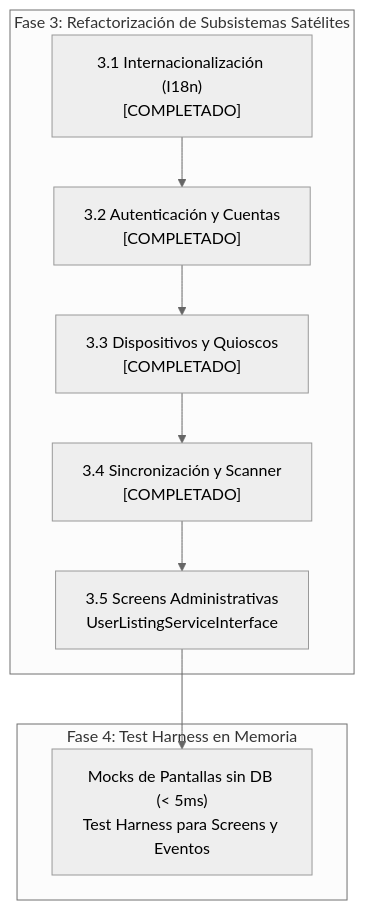
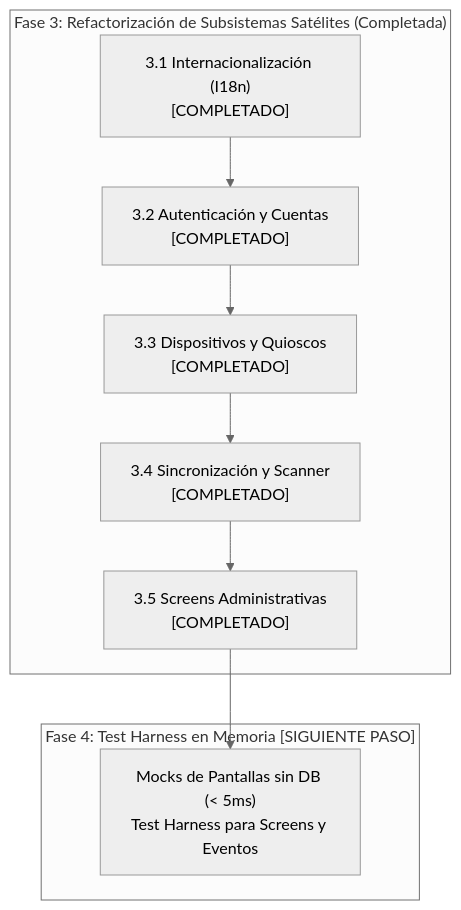
The diagram in docs/HANDOVER_REFACTORING_SOLIDO_FASE3_Y_4.md (idei/usim-framework), drawn with Mermaid (neutral theme) before and after one commit. The commit also changed other lines of this file and 15 other files, not shown here.

Commit message:
refactor(admin): decouple administrative screens with user listing and mutation contracts (Hito 3.5)

````diff
--- a/docs/HANDOVER_REFACTORING_SOLIDO_FASE3_Y_4.md
+++ b/docs/HANDOVER_REFACTORING_SOLIDO_FASE3_Y_4.md
@@ -68,20 +75,20 @@
 ```mermaid
 flowchart TD
-    subgraph Fase3 ["Fase 3: Refactorización de Subsistemas Satélites"]
+    subgraph Fase3 ["Fase 3: Refactorización de Subsistemas Satélites (Completada)"]
         F31["3.1 Internacionalización (I18n)\n[COMPLETADO]"]
         F32["3.2 Autenticación y Cuentas\n[COMPLETADO]"]
         F33["3.3 Dispositivos y Quioscos\n[COMPLETADO]"]
         F34["3.4 Sincronización y Scanner\n[COMPLETADO]"]
-        F35["3.5 Screens Administrativas\nUserListingServiceInterface"]
+        F35["3.5 Screens Administrativas\n[COMPLETADO]"]
     end
 
-    subgraph Fase4 ["Fase 4: Test Harness en Memoria"]
+    subgraph Fase4 ["Fase 4: Test Harness en Memoria [SIGUIENTE PASO]"]
         F41["Mocks de Pantallas sin DB (< 5ms)\nTest Harness para Screens y Eventos"]
     end
 
     F31 --> F32
     F32 --> F33
     F33 --> F34
     F34 --> F35
     F35 --> F41
 ```
````
